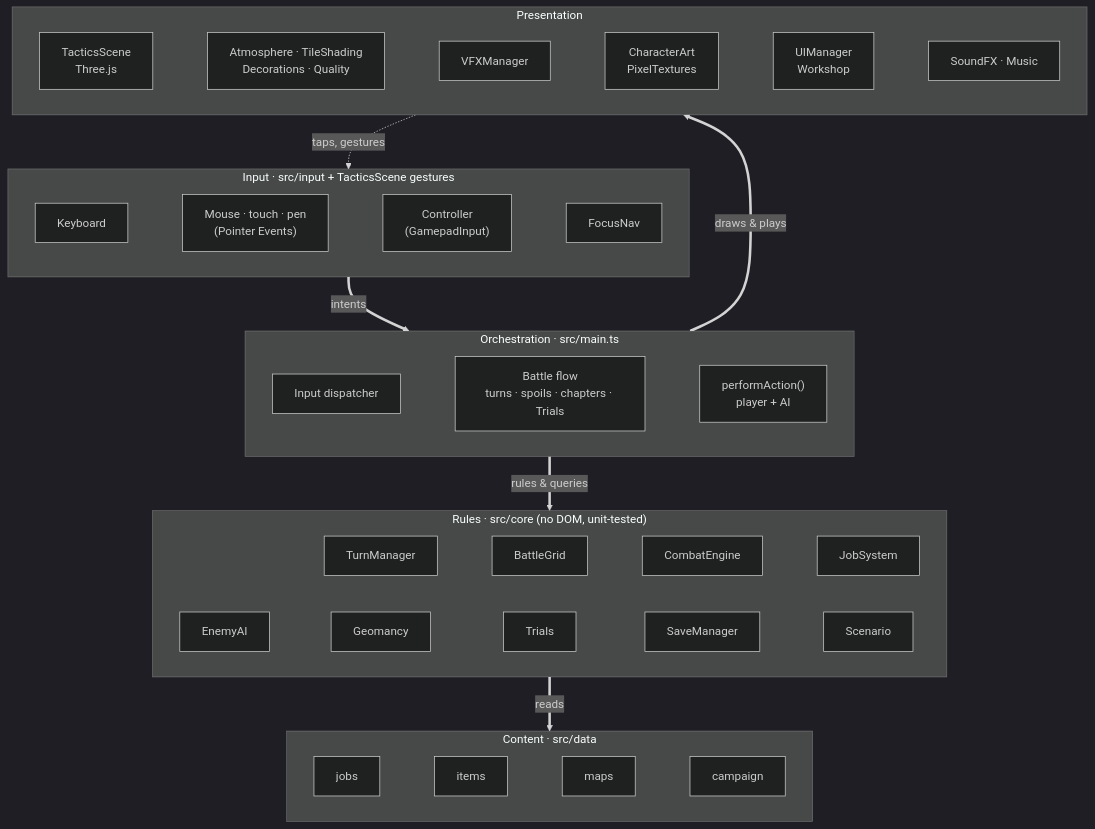
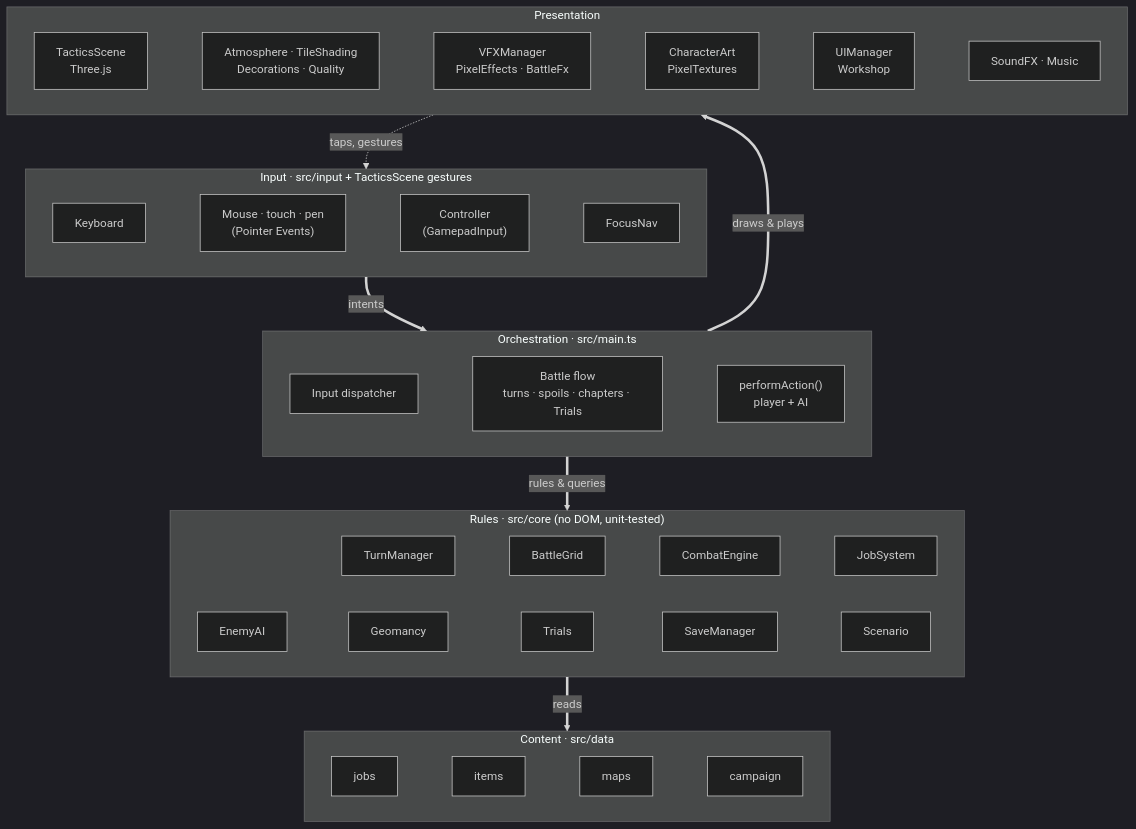
Before and after one commit to CptNope/Chess-RPG-Tactics: the first of 9 diagrams in docs/ARCHITECTURE.md, drawn with Mermaid (dark theme). The commit also changed other lines of this file and 74 other files, not shown here.

First line of the commit message:
0.11.0: pixel-art battle effects, path walking, Workshop brush strokes, II-B rebalance

````diff
--- a/docs/ARCHITECTURE.md
+++ b/docs/ARCHITECTURE.md
@@ -11,34 +11,34 @@
 ```mermaid
 flowchart TB
     subgraph Input["Input · src/input + TacticsScene gestures"]
         direction LR
         Kbd["Keyboard"] ~~~ Ptr["Mouse · touch · pen<br/>(Pointer Events)"] ~~~ Pad["Controller<br/>(GamepadInput)"] ~~~ Nav["FocusNav"]
     end
 
     subgraph Game["Orchestration · src/main.ts"]
         direction LR
         Disp["Input dispatcher"] ~~~ Flow["Battle flow<br/>turns · spoils · chapters · Trials"] ~~~ Pipe["performAction()<br/>player + AI"]
     end
 
     subgraph Core["Rules · src/core (no DOM, unit-tested)"]
         direction LR
         TM["TurnManager"] ~~~ Grid["BattleGrid"] ~~~ CE["CombatEngine"] ~~~ JS["JobSystem"]
         AI["EnemyAI"] ~~~ Geo["Geomancy"] ~~~ Tr["Trials"] ~~~ Save["SaveManager"] ~~~ Scn["Scenario"]
     end
 
     subgraph Data["Content · src/data"]
         direction LR
         Jobs["jobs"] ~~~ Items["items"] ~~~ Maps["maps"] ~~~ Camp["campaign"]
     end
 
     subgraph View["Presentation"]
         direction LR
-        Scene["TacticsScene<br/>Three.js"] ~~~ Look["Atmosphere · TileShading<br/>Decorations · Quality"] ~~~ VFX["VFXManager"] ~~~ Tex["CharacterArt<br/>PixelTextures"] ~~~ UI["UIManager<br/>Workshop"] ~~~ Audio["SoundFX · Music"]
+        Scene["TacticsScene<br/>Three.js"] ~~~ Look["Atmosphere · TileShading<br/>Decorations · Quality"] ~~~ VFX["VFXManager<br/>PixelEffects · BattleFx"] ~~~ Tex["CharacterArt<br/>PixelTextures"] ~~~ UI["UIManager<br/>Workshop"] ~~~ Audio["SoundFX · Music"]
     end
 
     Input ==>|"intents"| Game
     Game ==>|"rules & queries"| Core
     Core ==>|"reads"| Data
     Game ==>|"draws & plays"| View
     View -.->|"taps, gestures"| Input
 ```
````
